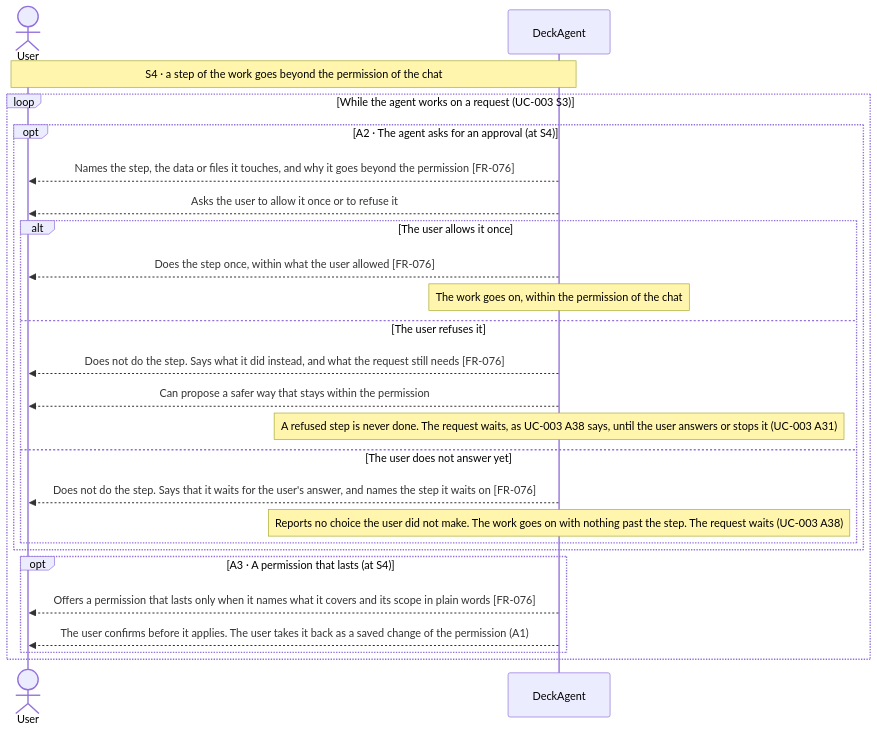
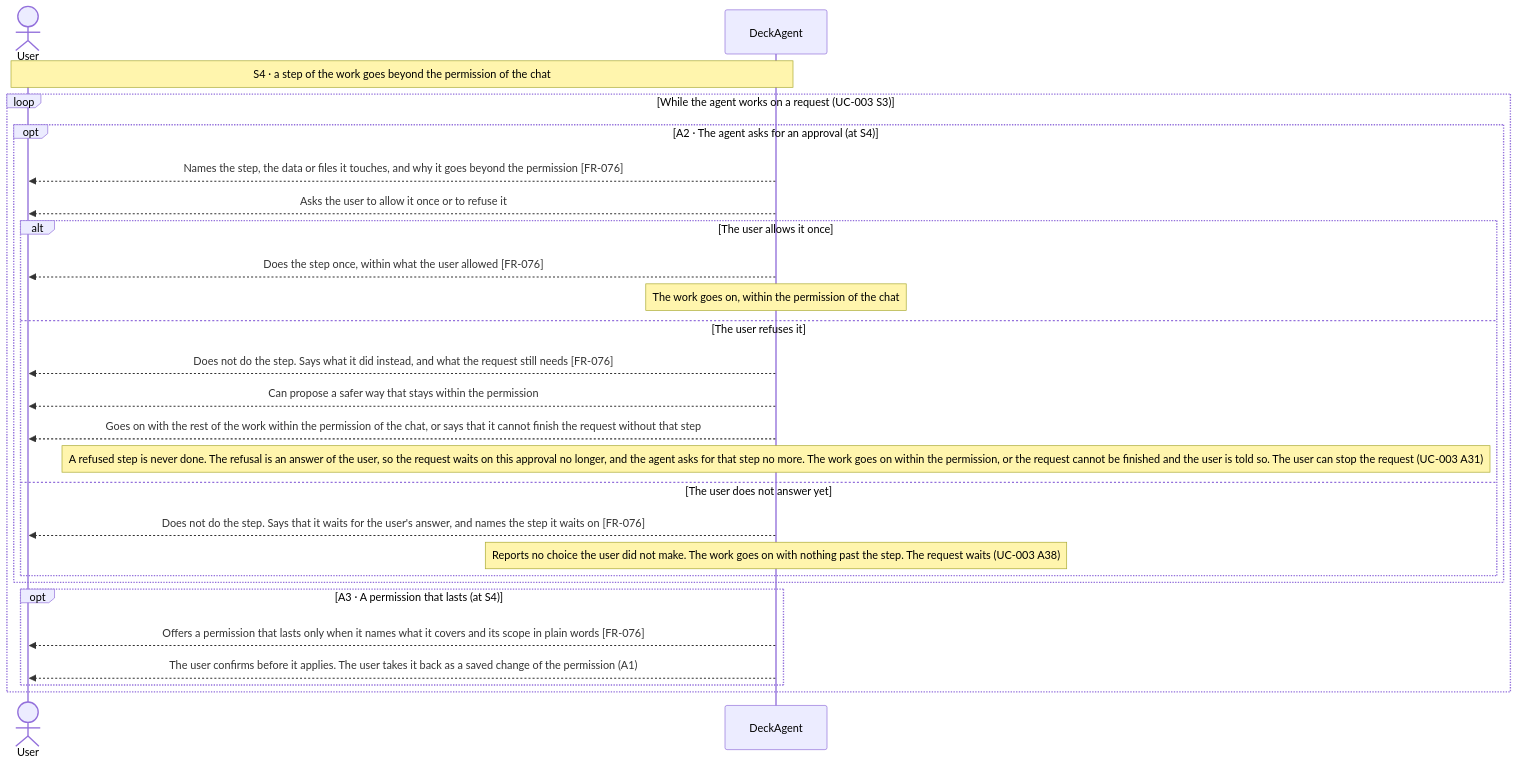
The second of 2 diagrams in docs/spec/03-use-cases/UC-014.md (Luke23127006/DeckAgent), drawn with Mermaid before and after one commit. The commit also changed other lines of this file and 4 other files, not shown here.

First line of the commit message:
docs(spec): separate refusal from no answer, order compact branches and fix empty request

````diff
--- a/docs/spec/03-use-cases/UC-014.md
+++ b/docs/spec/03-use-cases/UC-014.md
@@ -62,27 +62,28 @@
 ```mermaid
 sequenceDiagram
     actor User
     participant DeckAgent
     Note over User,DeckAgent: S4 · a step of the work goes beyond the permission of the chat
     loop While the agent works on a request (UC-003 S3)
         opt A2 · The agent asks for an approval (at S4)
             DeckAgent-->>User: Names the step, the data or files it touches, and why it goes beyond the permission [FR-076]
             DeckAgent-->>User: Asks the user to allow it once or to refuse it
             alt The user allows it once
                 DeckAgent-->>User: Does the step once, within what the user allowed [FR-076]
                 note over DeckAgent: The work goes on, within the permission of the chat
             else The user refuses it
                 DeckAgent-->>User: Does not do the step. Says what it did instead, and what the request still needs [FR-076]
                 DeckAgent-->>User: Can propose a safer way that stays within the permission
-                note over DeckAgent: A refused step is never done. The request waits, as UC-003 A38 says, until the user answers or stops it (UC-003 A31)
+                DeckAgent-->>User: Goes on with the rest of the work within the permission of the chat, or says that it cannot finish the request without that step
+                note over DeckAgent: A refused step is never done. The refusal is an answer of the user, so the request waits on this approval no longer, and the agent asks for that step no more. The work goes on within the permission, or the request cannot be finished and the user is told so. The user can stop the request (UC-003 A31)
             else The user does not answer yet
                 DeckAgent-->>User: Does not do the step. Says that it waits for the user's answer, and names the step it waits on [FR-076]
                 note over DeckAgent: Reports no choice the user did not make. The work goes on with nothing past the step. The request waits (UC-003 A38)
             end
         end
         opt A3 · A permission that lasts (at S4)
             DeckAgent-->>User: Offers a permission that lasts only when it names what it covers and its scope in plain words [FR-076]
             DeckAgent-->>User: The user confirms before it applies. The user takes it back as a saved change of the permission (A1)
         end
     end
 ```
````
